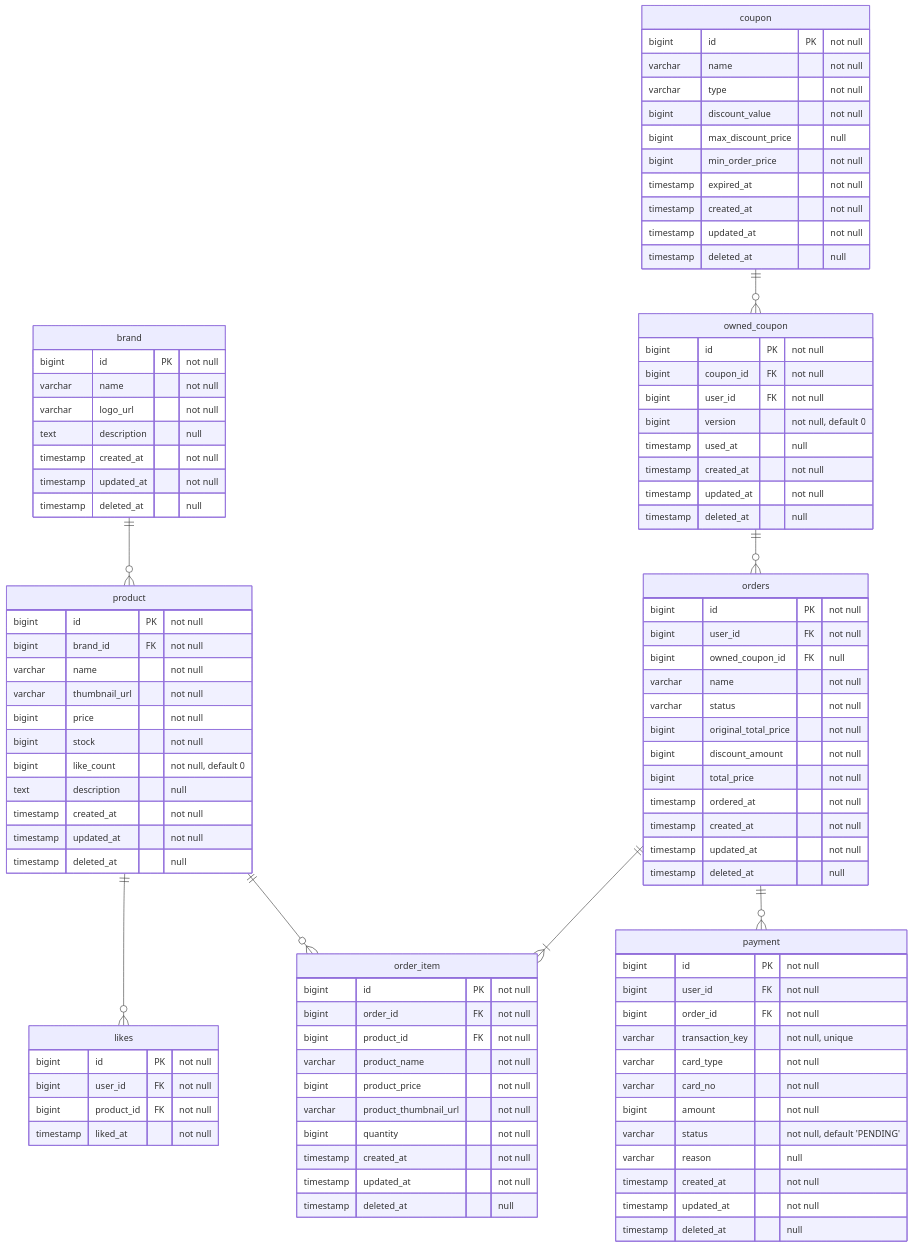
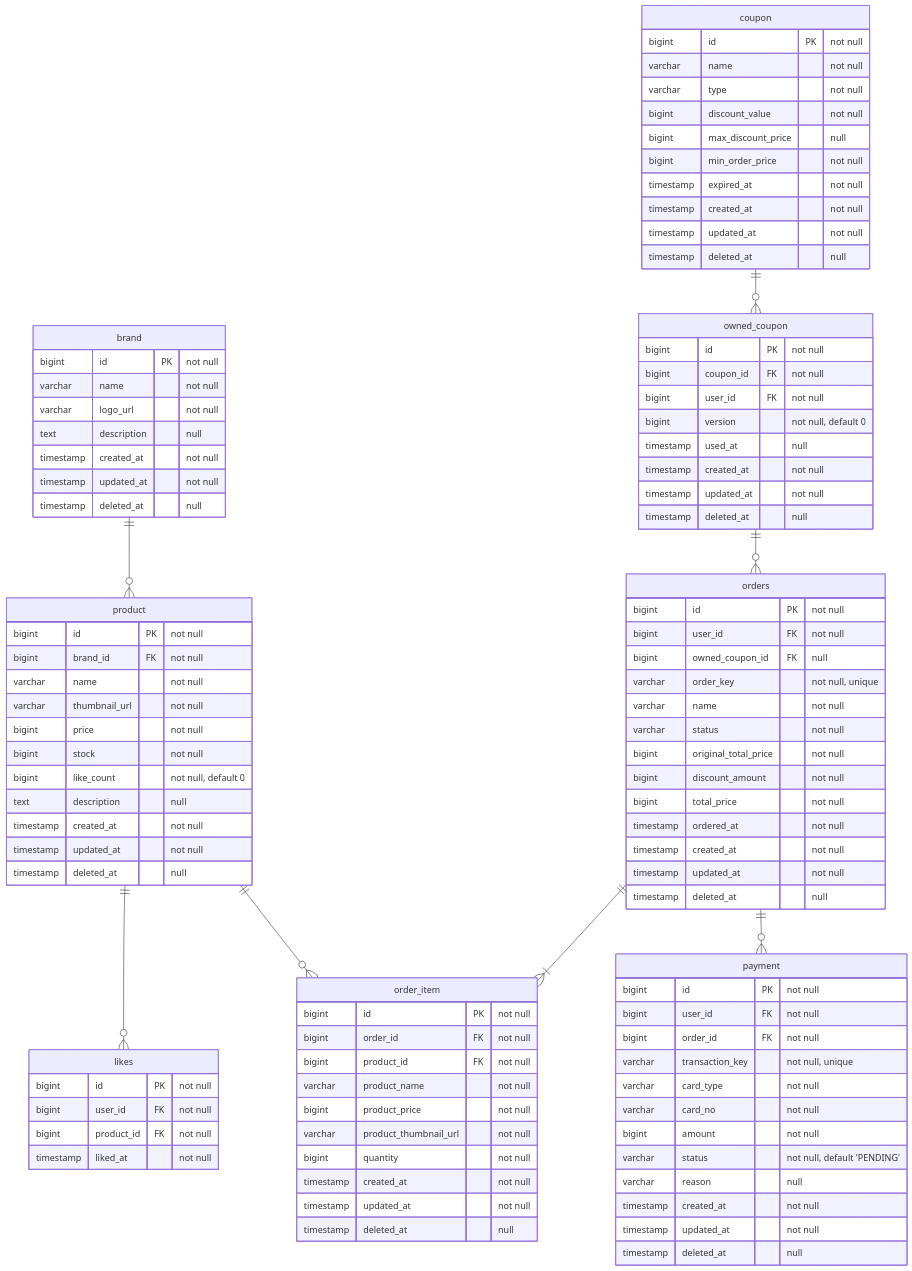
One commit to Loopers-dev-lab/loop-pack-be-l2-vol3-java changed the diagram in .docs/design/04-erd.md. Above: the diagram before and after it, drawn with Mermaid. The commit also changed 23 other files, not shown here.

First line of the commit message:
feat: Order에 orderKey 도입 및 대고객 API를 orderKey 기반으로 전환

```diff
--- a/.docs/design/04-erd.md
+++ b/.docs/design/04-erd.md
@@ -78,6 +78,7 @@
         bigint id PK "not null"
         bigint user_id FK "not null"
         bigint owned_coupon_id FK "null"
+        varchar order_key "not null, unique"
         varchar name "not null"
         varchar status "not null"
         bigint original_total_price "not null"
```
